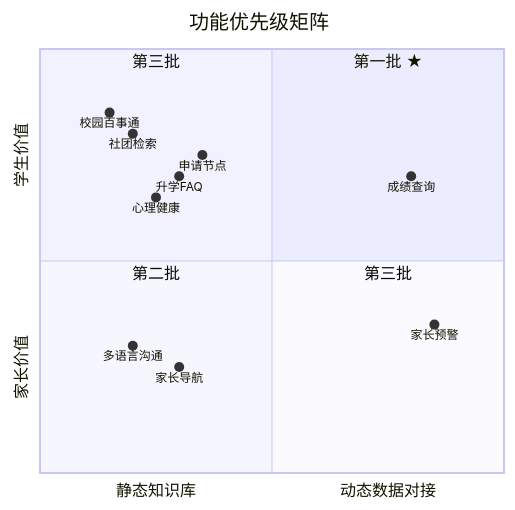
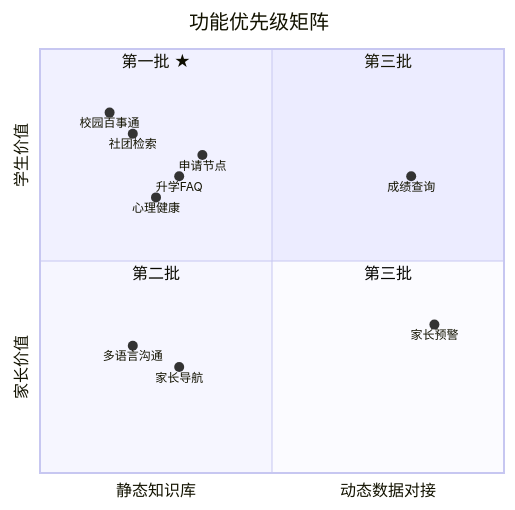
One commit to szkangjian/webb-ai changed the first of 2 diagrams in docs/roadmap-zh.md. Above: the diagram before and after it, drawn with Mermaid. The commit also changed 1 other file, not shown here.

Commit message:
Fix quadrant chart: swap Batch 1 and Batch 3 labels

````diff
--- a/docs/roadmap-zh.md
+++ b/docs/roadmap-zh.md
@@ -13,19 +13,19 @@
 ```mermaid
 quadrantChart
     title 功能优先级矩阵
     x-axis "静态知识库" --> "动态数据对接"
     y-axis "家长价值" --> "学生价值"
-    quadrant-1 "第一批 ★"
-    quadrant-2 "第三批"
+    quadrant-1 "第三批"
+    quadrant-2 "第一批 ★"
     quadrant-3 "第二批"
     quadrant-4 "第三批"
     "校园百事通": [0.15, 0.85]
     "社团检索": [0.20, 0.80]
     "升学FAQ": [0.30, 0.70]
     "申请节点": [0.35, 0.75]
     "心理健康": [0.25, 0.65]
     "多语言沟通": [0.20, 0.30]
     "家长导航": [0.30, 0.25]
     "成绩查询": [0.80, 0.70]
     "家长预警": [0.85, 0.35]
 ```
````
